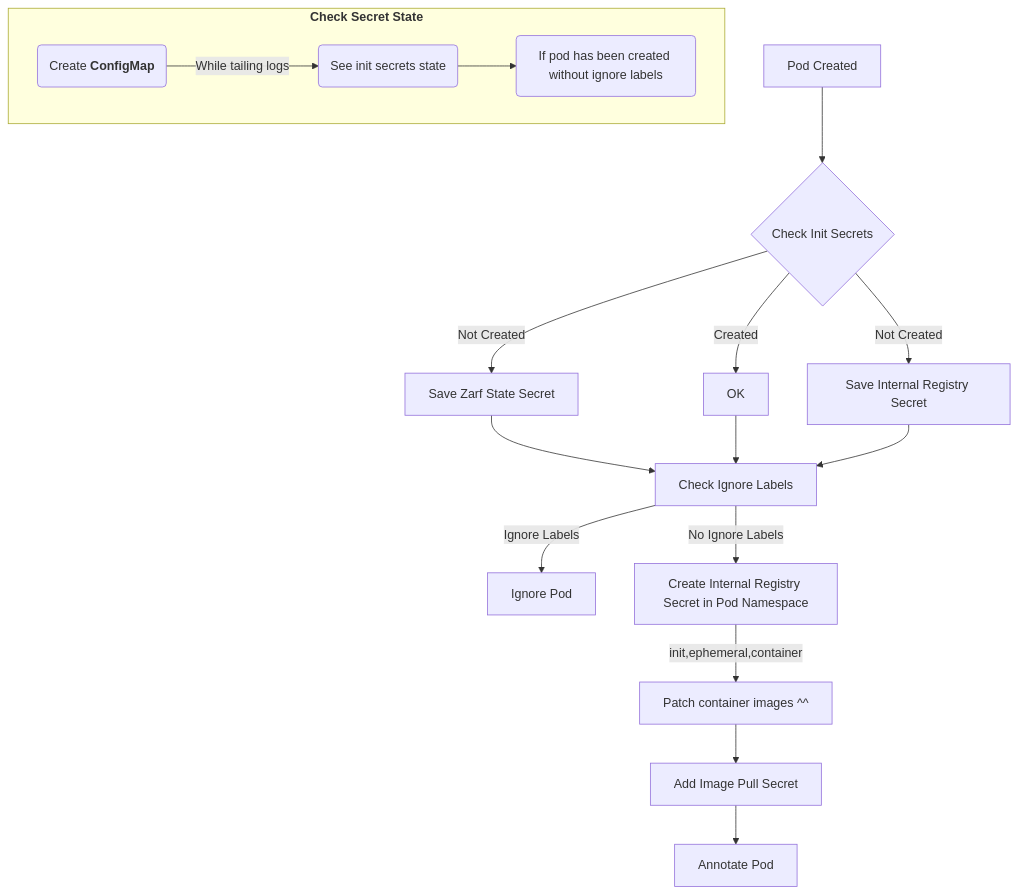
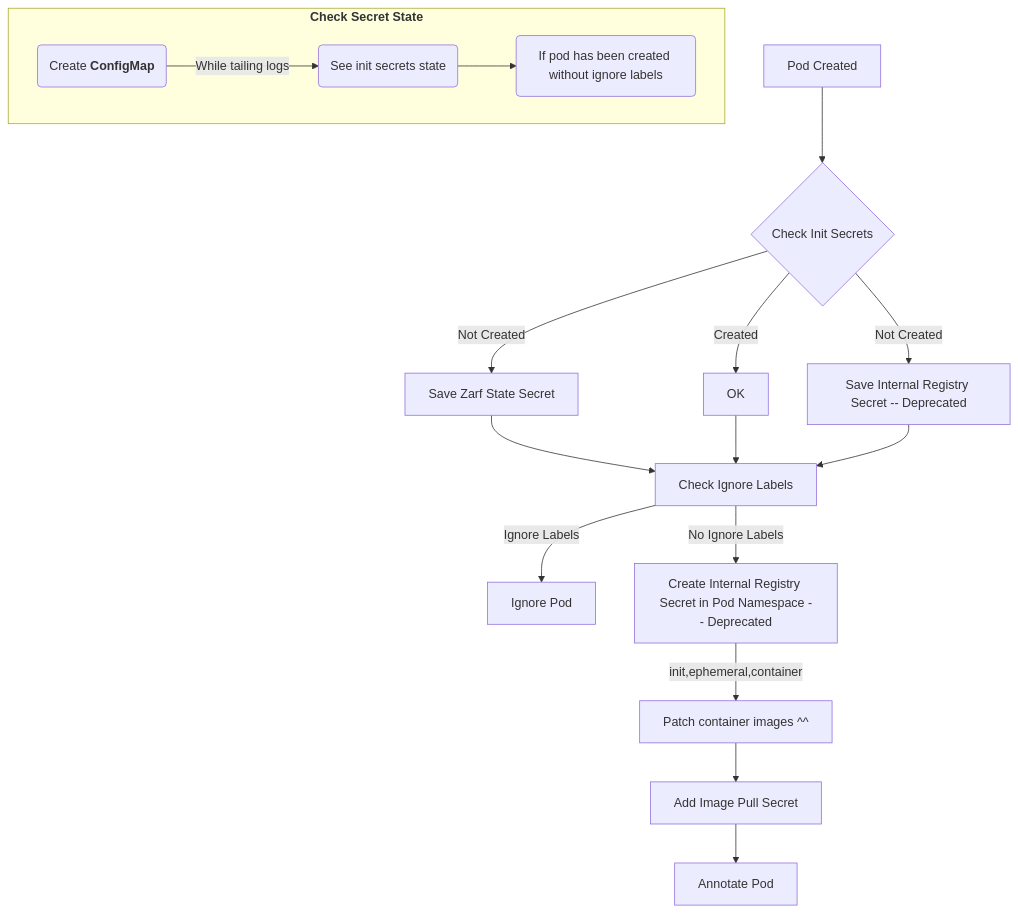
The diagram in README.md (defenseunicorns/pepr-zarf-agent), drawn with Mermaid before and after one commit. The commit also changed other lines of this file and 2 other files, not shown here.

````diff
--- a/README.md
+++ b/README.md
@@ -13,19 +14,19 @@
 ```mermaid
 flowchart TD
     A[Pod Created] --> B{Check Init Secrets}
     B -->|Created| C[OK]
     B -->|Not Created| E[Save Zarf State Secret]
-    B -->|Not Created| F[Save Internal Registry Secret]
+    B -->|Not Created| F[Save Internal Registry Secret -- Deprecated]
     E --> D[Check Ignore Labels]
     C --> D[Check Ignore Labels]
     F --> D[Check Ignore Labels]
     D -->|Ignore Labels| G[Ignore Pod]
-    D -->|No Ignore Labels| H[Create Internal Registry Secret in Pod Namespace]
+    D -->|No Ignore Labels| H[Create Internal Registry Secret in Pod Namespace -- Deprecated]
     H --"`init,ephemeral,container`"--> I[Patch container images ^^]
     I --> J[Add Image Pull Secret]
     J --> K[Annotate Pod]
 
 subgraph "`**Check Secret State**`"
   c("`Create **ConfigMap**`") -- "`While tailing logs`" --> d("See init secrets state") --> e("If pod has been created without ignore labels")
 end
 ```
````
